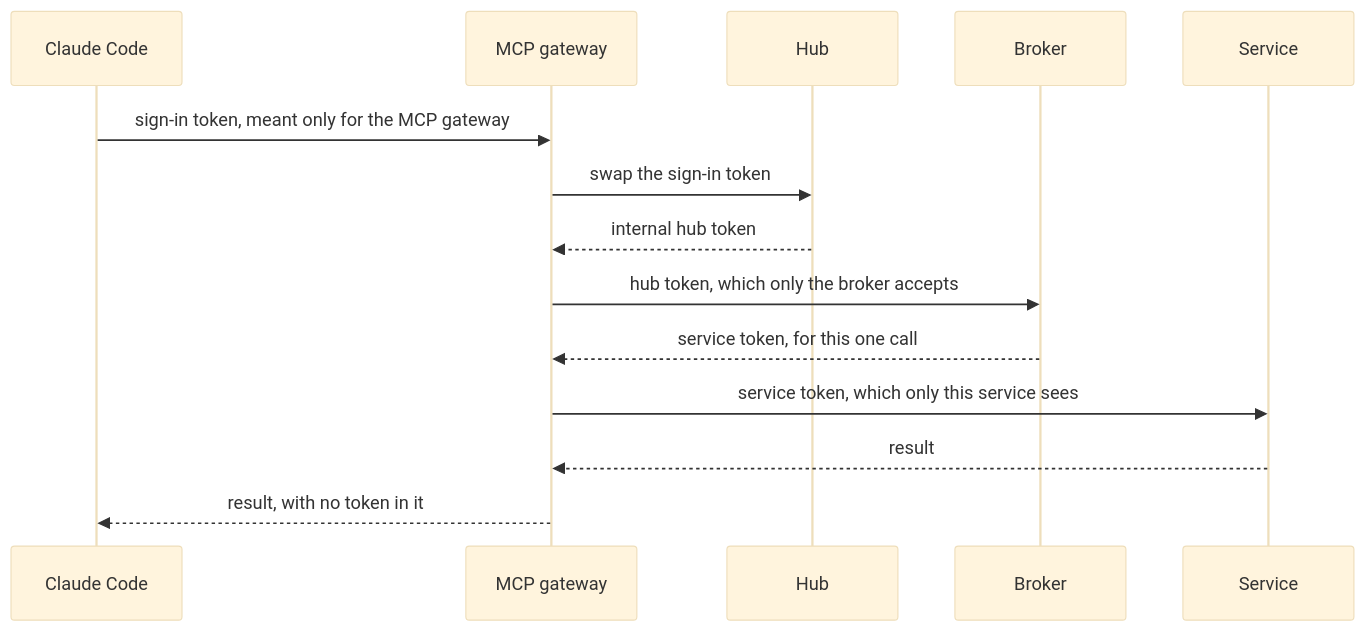
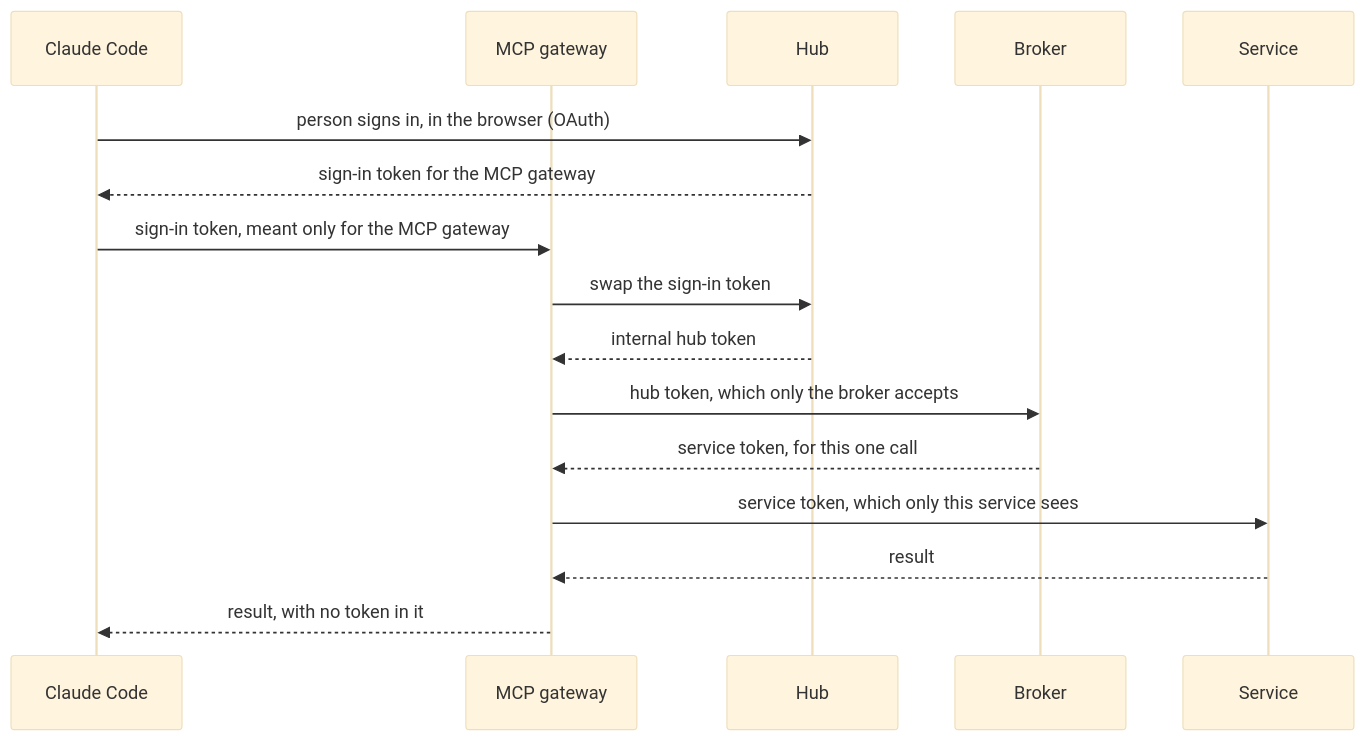
The second of 5 diagrams in docs/overview.md (chief-builder/vendor-token-broker), drawn with Mermaid (base theme) before and after one commit. The commit also changed other lines of this file and 1 other file, not shown here.

Commit message:
docs: show where the sign-in token comes from

````diff
--- a/docs/overview.md
+++ b/docs/overview.md
@@ -50,16 +50,18 @@
 ```mermaid
 sequenceDiagram
     participant C as Claude Code
     participant G as MCP gateway
     participant H as Hub
     participant B as Broker
     participant S as Service
+    C->>H: person signs in, in the browser (OAuth)
+    H-->>C: sign-in token for the MCP gateway
     C->>G: sign-in token, meant only for the MCP gateway
     G->>H: swap the sign-in token
     H-->>G: internal hub token
     G->>B: hub token, which only the broker accepts
     B-->>G: service token, for this one call
     G->>S: service token, which only this service sees
     S-->>G: result
     G-->>C: result, with no token in it
 ```
````
